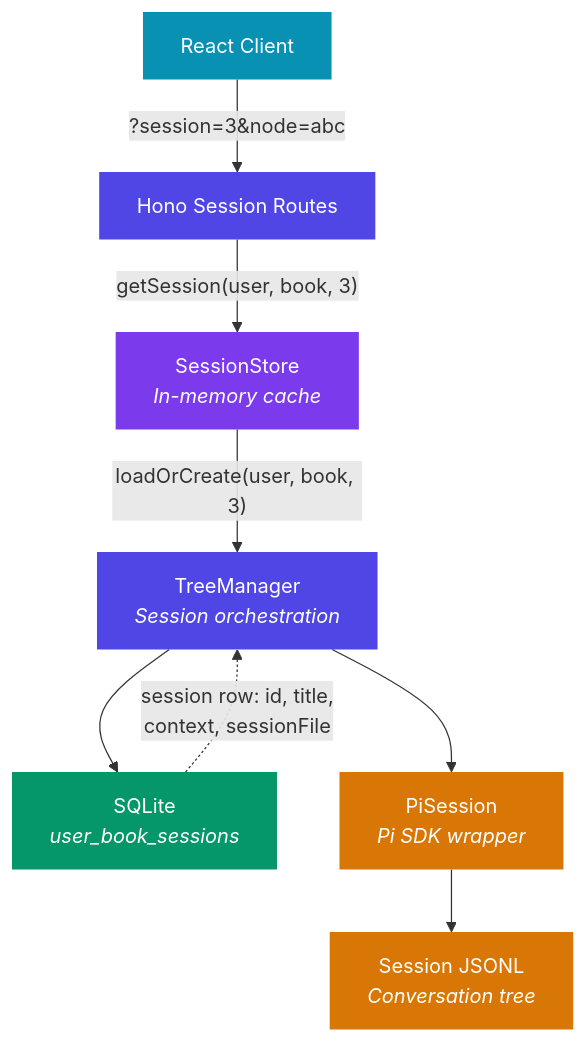
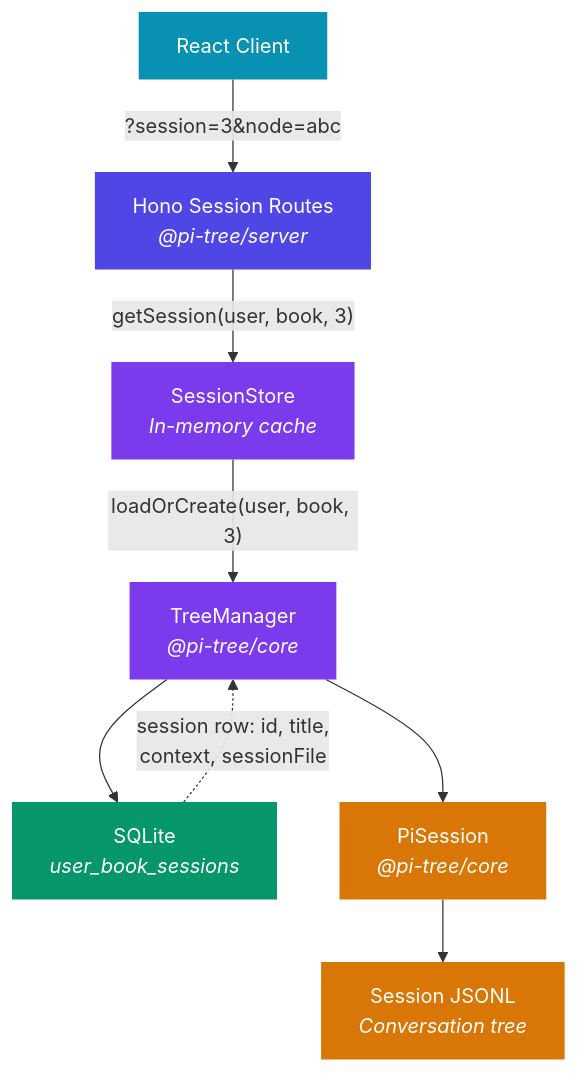
The first of 2 diagrams in docs/SESSION-MANAGEMENT.md (shuowu/pi-tree), drawn with Mermaid before and after one commit. The commit also changed other lines of this file and 56 other files, not shown here.

````diff
--- a/docs/SESSION-MANAGEMENT.md
+++ b/docs/SESSION-MANAGEMENT.md
@@ -20,21 +20,21 @@
 ```mermaid
 graph TD
-    Client["React Client"] -->|"?session=3&node=abc"| Routes["Hono Session Routes"]
+    Client["React Client"] -->|"?session=3&node=abc"| Routes["Hono Session Routes<br/><i>@pi-tree/server</i>"]
     
     Routes -->|"getSession(user, book, 3)"| Store["SessionStore<br/><i>In-memory cache</i>"]
-    Store -->|"loadOrCreate(user, book, 3)"| TM["TreeManager<br/><i>Session orchestration</i>"]
+    Store -->|"loadOrCreate(user, book, 3)"| TM["TreeManager<br/><i>@pi-tree/core</i>"]
     
     TM --> DB["SQLite<br/><i>user_book_sessions</i>"]
-    TM --> PS["PiSession<br/><i>Pi SDK wrapper</i>"]
+    TM --> PS["PiSession<br/><i>@pi-tree/core</i>"]
     PS --> JSONL["Session JSONL<br/><i>Conversation tree</i>"]
     
     DB -.->|"session row: id, title,<br/>context, sessionFile"| TM
     
     style Client fill:#0891b2,color:#fff,stroke:none
     style Routes fill:#4f46e5,color:#fff,stroke:none
     style Store fill:#7c3aed,color:#fff,stroke:none
-    style TM fill:#4f46e5,color:#fff,stroke:none
+    style TM fill:#7c3aed,color:#fff,stroke:none
     style DB fill:#059669,color:#fff,stroke:none
     style PS fill:#d97706,color:#fff,stroke:none
     style JSONL fill:#d97706,color:#fff,stroke:none
 ```
````
